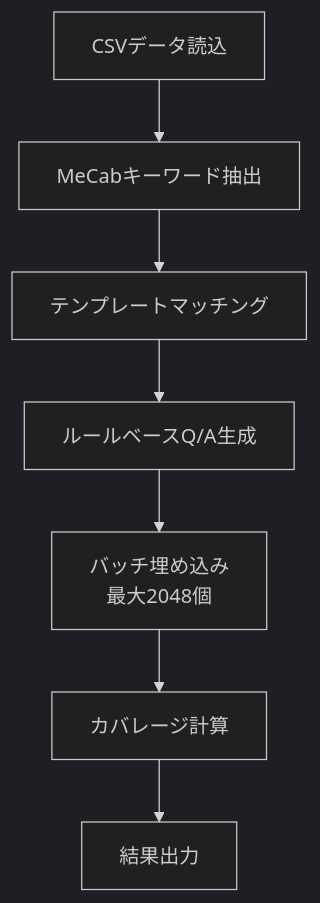
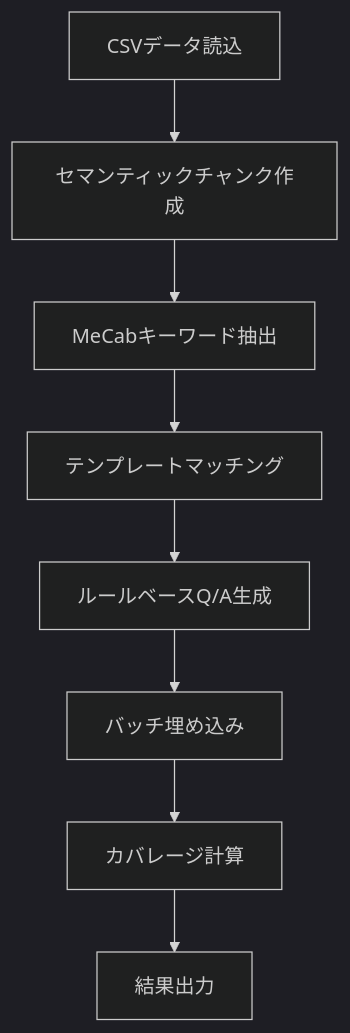
One commit to nakashima2toshio/openai_rag_qa_jp changed the second of 5 diagrams in doc/coverage_feature_comparison.md. Above: the diagram before and after it, drawn with Mermaid (dark theme). The commit also changed other lines of this file and 30 other files, not shown here.

````diff
--- a/doc/coverage_feature_comparison.md
+++ b/doc/coverage_feature_comparison.md
@@ -63,9 +65,10 @@
 ```mermaid
 graph TD
-    A[CSVデータ読込] --> B[MeCabキーワード抽出]
-    B --> C[テンプレートマッチング]
-    C --> D[ルールベースQ/A生成]
-    D --> E[バッチ埋め込み<br/>最大2048個]
-    E --> F[カバレージ計算]
-    F --> G[結果出力]
+    A[CSVデータ読込] --> B[セマンティックチャンク作成]
+    B --> C[MeCabキーワード抽出]
+    C --> D[テンプレートマッチング]
+    D --> E[ルールベースQ/A生成]
+    E --> F[バッチ埋め込み]
+    F --> G[カバレージ計算]
+    G --> H[結果出力]
 ```
````
